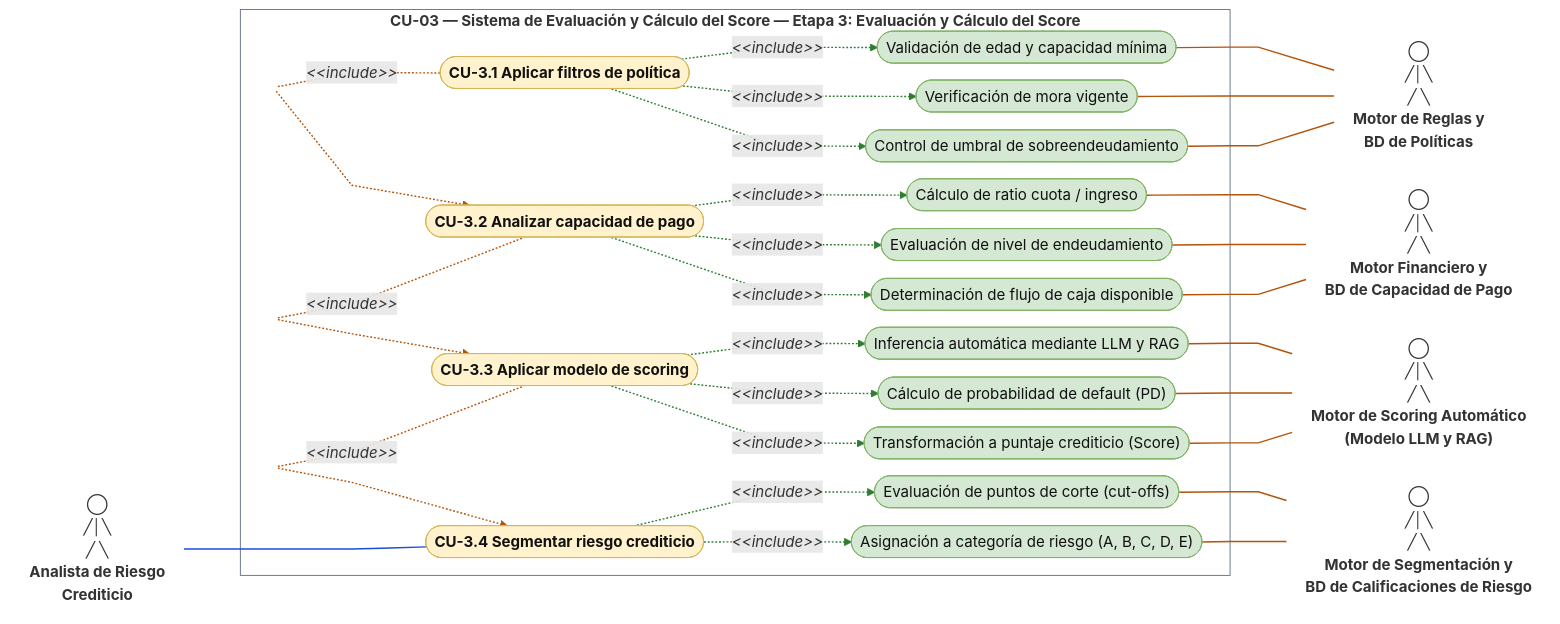
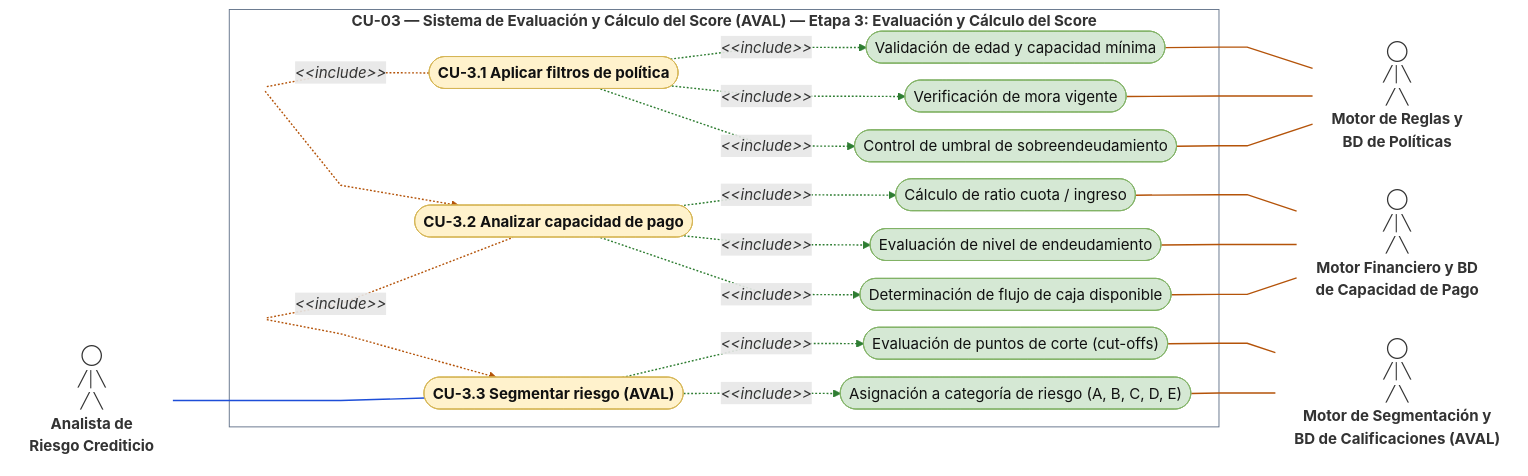
One commit to Antera-Labs/guidelines changed the fourth of 22 diagrams in docs/DAS.md. Above: the diagram before and after it, drawn with Mermaid. The commit also changed other lines of this file and 4 other files, not shown here.

````diff
--- a/docs/DAS.md
+++ b/docs/DAS.md
@@ -785,79 +792,65 @@
 ```mermaid
 ---
 config:
   layout: dagre
   look: classic
   flowchart:
     curve: linear
     nodeSpacing: 18
     rankSpacing: 60
     padding: 10
     wrappingWidth: 500
 ---
 flowchart LR
   classDef base fill:#fff2cc,stroke:#d6b656,color:#111
   classDef inc fill:#d5e8d4,stroke:#82b366,color:#111
   classDef ext fill:#fce4ec,stroke:#c2185b,color:#111
   classDef actor fill:none,stroke:none
   classDef aux fill:none,stroke:none
-  A1["◯<br/>╱│╲<br/>╱ ╲<br/><b>Analista de Riesgo<br/>Crediticio</b>"]:::actor
-  subgraph SYS["<b>CU-03 — Sistema de Evaluación y Cálculo del Score — Etapa 3: Evaluación y Cálculo del Score</b>"]
+  A1["◯<br/>╱│╲<br/>╱ ╲<br/><b>Analista de<br/>Riesgo Crediticio</b>"]:::actor
+  subgraph SYS["<b>CU-03 — Sistema de Evaluación y Cálculo del Score (AVAL) — Etapa 3: Evaluación y Cálculo del Score</b>"]
     %% J*: puntos de paso invisibles para que los <<include>> entre casos base queden en la misma columna
     J1((" ")):::aux
     J2((" ")):::aux
-    J3((" ")):::aux
     U1(["<b>CU-3.1 Aplicar filtros de política</b>"]):::base
     U2(["<b>CU-3.2 Analizar capacidad de pago</b>"]):::base
-    U3(["<b>CU-3.3 Aplicar modelo de scoring</b>"]):::base
-    U4(["<b>CU-3.4 Segmentar riesgo crediticio</b>"]):::base
+    U3(["<b>CU-3.3 Segmentar riesgo (AVAL)</b>"]):::base
     U1S1(["Validación de edad y capacidad mínima"]):::inc
     U1S2(["Verificación de mora vigente"]):::inc
     U1S3(["Control de umbral de sobreendeudamiento"]):::inc
     U2S1(["Cálculo de ratio cuota / ingreso"]):::inc
     U2S2(["Evaluación de nivel de endeudamiento"]):::inc
     U2S3(["Determinación de flujo de caja disponible"]):::inc
-    U3S1(["Inferencia automática mediante LLM y RAG"]):::inc
-    U3S2(["Cálculo de probabilidad de default (PD)"]):::inc
-    U3S3(["Transformación a puntaje crediticio (Score)"]):::inc
-    U4S1(["Evaluación de puntos de corte (cut-offs)"]):::inc
-    U4S2(["Asignación a categoría de riesgo (A, B, C, D, E)"]):::inc
+    U3S1(["Evaluación de puntos de corte (cut-offs)"]):::inc
+    U3S2(["Asignación a categoría de riesgo (A, B, C, D, E)"]):::inc
   end
   M1["◯<br/>╱│╲<br/>╱ ╲<br/><b>Motor de Reglas y<br/>BD de Políticas</b>"]:::actor
-  M2["◯<br/>╱│╲<br/>╱ ╲<br/><b>Motor Financiero y<br/>BD de Capacidad de Pago</b>"]:::actor
-  M3["◯<br/>╱│╲<br/>╱ ╲<br/><b>Motor de Scoring Automático<br/>(Modelo LLM y RAG)</b>"]:::actor
-  M4["◯<br/>╱│╲<br/>╱ ╲<br/><b>Motor de Segmentación y<br/>BD de Calificaciones de Riesgo</b>"]:::actor
-  A1 ---- U4
+  M2["◯<br/>╱│╲<br/>╱ ╲<br/><b>Motor Financiero y BD<br/>de Capacidad de Pago</b>"]:::actor
+  M3["◯<br/>╱│╲<br/>╱ ╲<br/><b>Motor de Segmentación y<br/>BD de Calificaciones (AVAL)</b>"]:::actor
+  A1 ---- U3
   J1 -.-|"<i>&lt;&lt;include&gt;&gt;</i>"| U1
   J1 -.-> U2
   J2 -.-|"<i>&lt;&lt;include&gt;&gt;</i>"| U2
   J2 -.-> U3
-  J3 -.-|"<i>&lt;&lt;include&gt;&gt;</i>"| U3
-  J3 -.-> U4
   U1 -.->|"<i>&lt;&lt;include&gt;&gt;</i>"| U1S1
   U1 -.->|"<i>&lt;&lt;include&gt;&gt;</i>"| U1S2
   U1 -.->|"<i>&lt;&lt;include&gt;&gt;</i>"| U1S3
   U2 -.->|"<i>&lt;&lt;include&gt;&gt;</i>"| U2S1
   U2 -.->|"<i>&lt;&lt;include&gt;&gt;</i>"| U2S2
   U2 -.->|"<i>&lt;&lt;include&gt;&gt;</i>"| U2S3
   U3 -.->|"<i>&lt;&lt;include&gt;&gt;</i>"| U3S1
   U3 -.->|"<i>&lt;&lt;include&gt;&gt;</i>"| U3S2
-  U3 -.->|"<i>&lt;&lt;include&gt;&gt;</i>"| U3S3
-  U4 -.->|"<i>&lt;&lt;include&gt;&gt;</i>"| U4S1
-  U4 -.->|"<i>&lt;&lt;include&gt;&gt;</i>"| U4S2
   U1S1 --- M1
   U1S2 --- M1
   U1S3 --- M1
   U2S1 --- M2
   U2S2 --- M2
   U2S3 --- M2
   U3S1 --- M3
   U3S2 --- M3
-  U3S3 --- M3
-  U4S1 --- M4
-  U4S2 --- M4
   linkStyle 0 stroke:#1d4ed8,stroke-width:1.5px
-  linkStyle 1,2,3,4,5,6 stroke:#b45309,stroke-width:1.5px
-  linkStyle 7,8,9,10,11,12,13,14,15,16,17 stroke:#2e7d32,stroke-width:1.5px
-  linkStyle 18,19,20,21,22,23,24,25,26,27,28 stroke:#b45309,stroke-width:1.5px
+  linkStyle 1,2,3,4 stroke:#b45309,stroke-width:1.5px
+  linkStyle 5,6,7,8,9,10,11,12 stroke:#2e7d32,stroke-width:1.5px
+  linkStyle 13,14,15,16,17,18,19,20 stroke:#b45309,stroke-width:1.5px
   style SYS fill:transparent,stroke:#64748b
 ```
````
